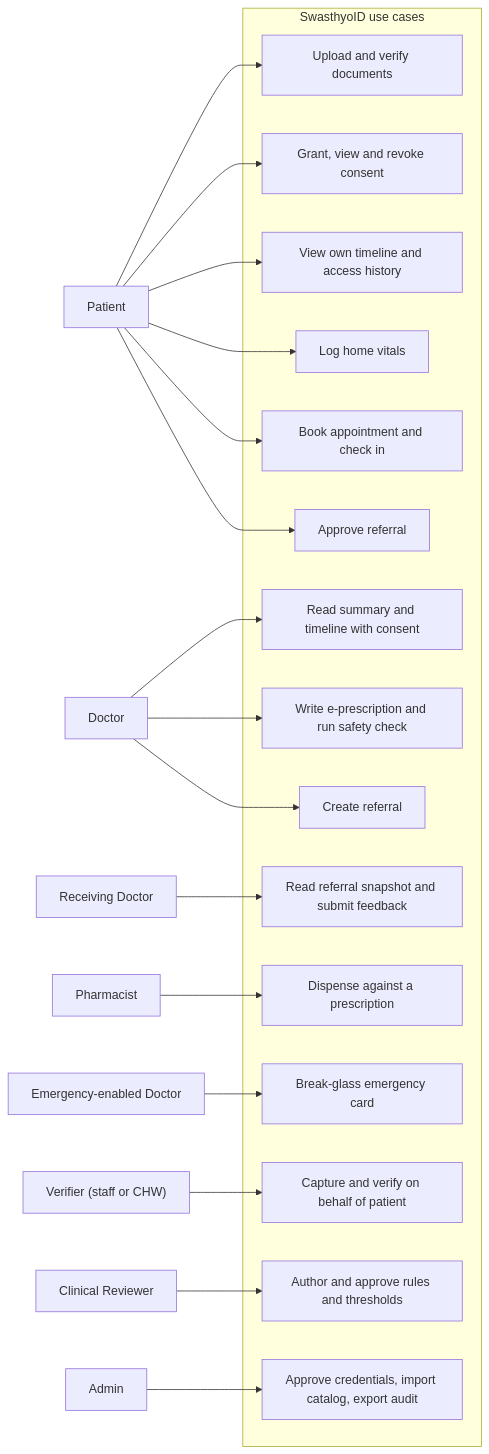
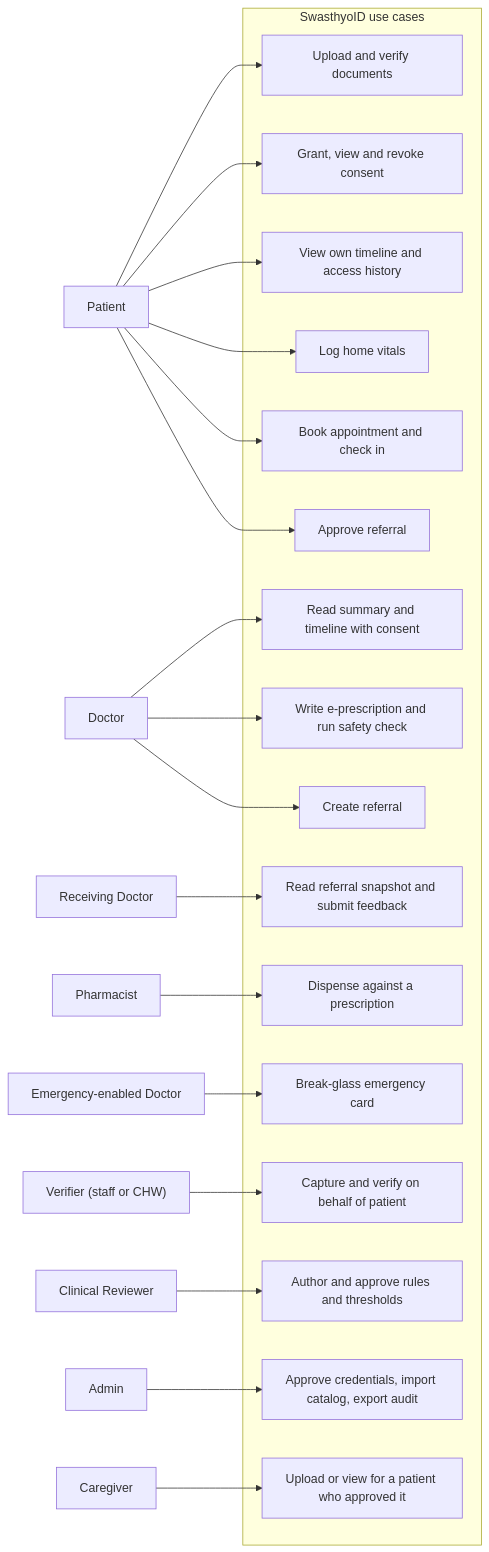
The first of 32 diagrams in docs/FRD.md (sarwar-islam/swasthyoid), drawn with Mermaid before and after one commit. The commit also changed other lines of this file and 4 other files, not shown here.

````diff
--- a/docs/FRD.md
+++ b/docs/FRD.md
@@ -57,45 +59,48 @@
 ```mermaid
 flowchart LR
     P["Patient"]
     D["Doctor"]
     RD["Receiving Doctor"]
     ED["Emergency-enabled Doctor"]
     PH["Pharmacist"]
     V["Verifier (staff or CHW)"]
     CR["Clinical Reviewer"]
     A["Admin"]
+    CG["Caregiver"]
 
     subgraph UC["SwasthyoID use cases"]
         U1["Upload and verify documents"]
         U2["Grant, view and revoke consent"]
         U3["View own timeline and access history"]
         U4["Log home vitals"]
         U5["Book appointment and check in"]
         U6["Approve referral"]
         U7["Read summary and timeline with consent"]
         U8["Write e-prescription and run safety check"]
         U9["Create referral"]
         U10["Read referral snapshot and submit feedback"]
         U11["Dispense against a prescription"]
         U12["Break-glass emergency card"]
         U13["Capture and verify on behalf of patient"]
         U14["Author and approve rules and thresholds"]
         U15["Approve credentials, import catalog, export audit"]
+        U16["Upload or view for a patient who approved it"]
     end
 
     P --> U1
     P --> U2
     P --> U3
     P --> U4
     P --> U5
     P --> U6
     D --> U7
     D --> U8
     D --> U9
     RD --> U10
     PH --> U11
     ED --> U12
     V --> U13
     CR --> U14
     A --> U15
+    CG --> U16
 ```
````
